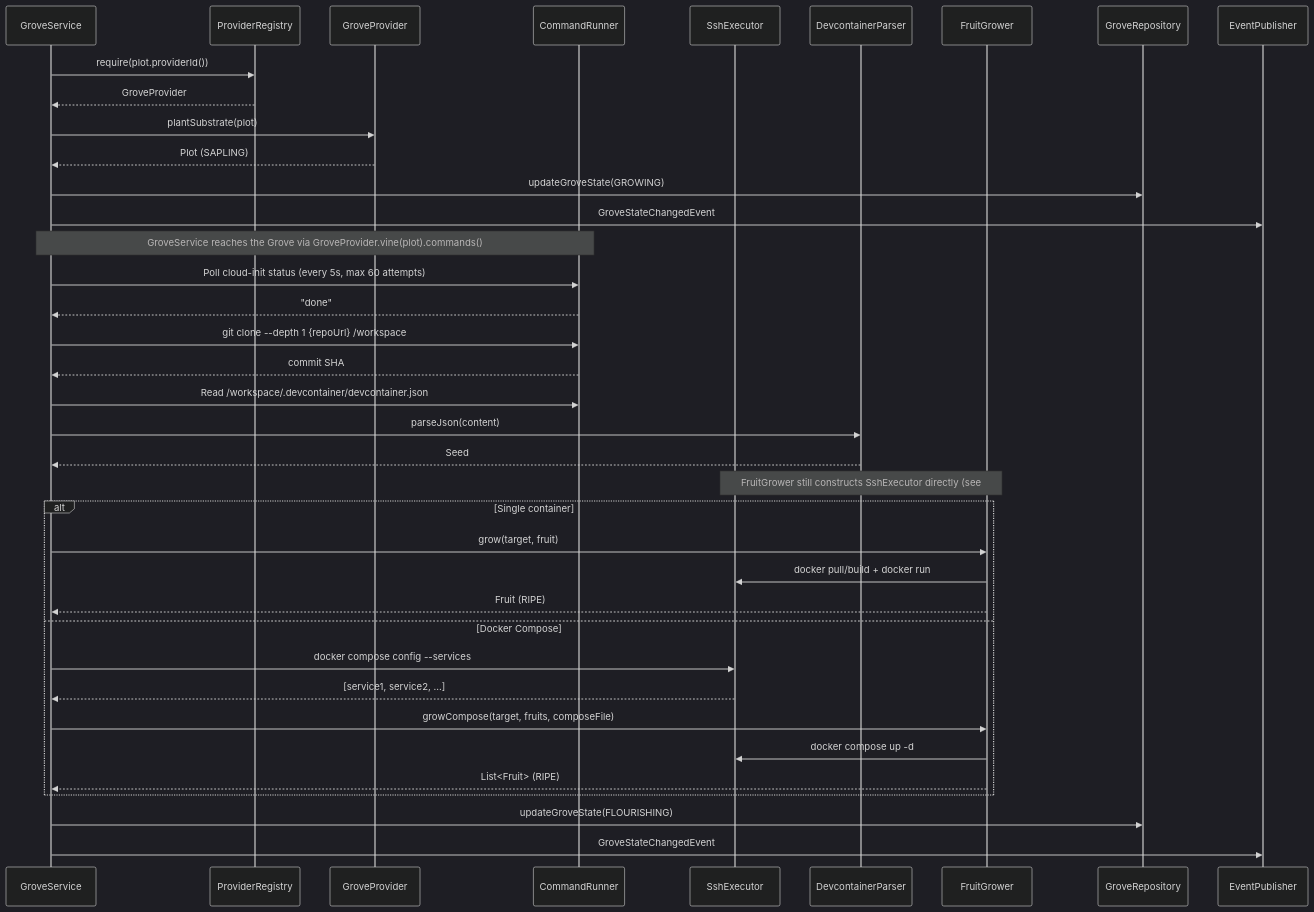
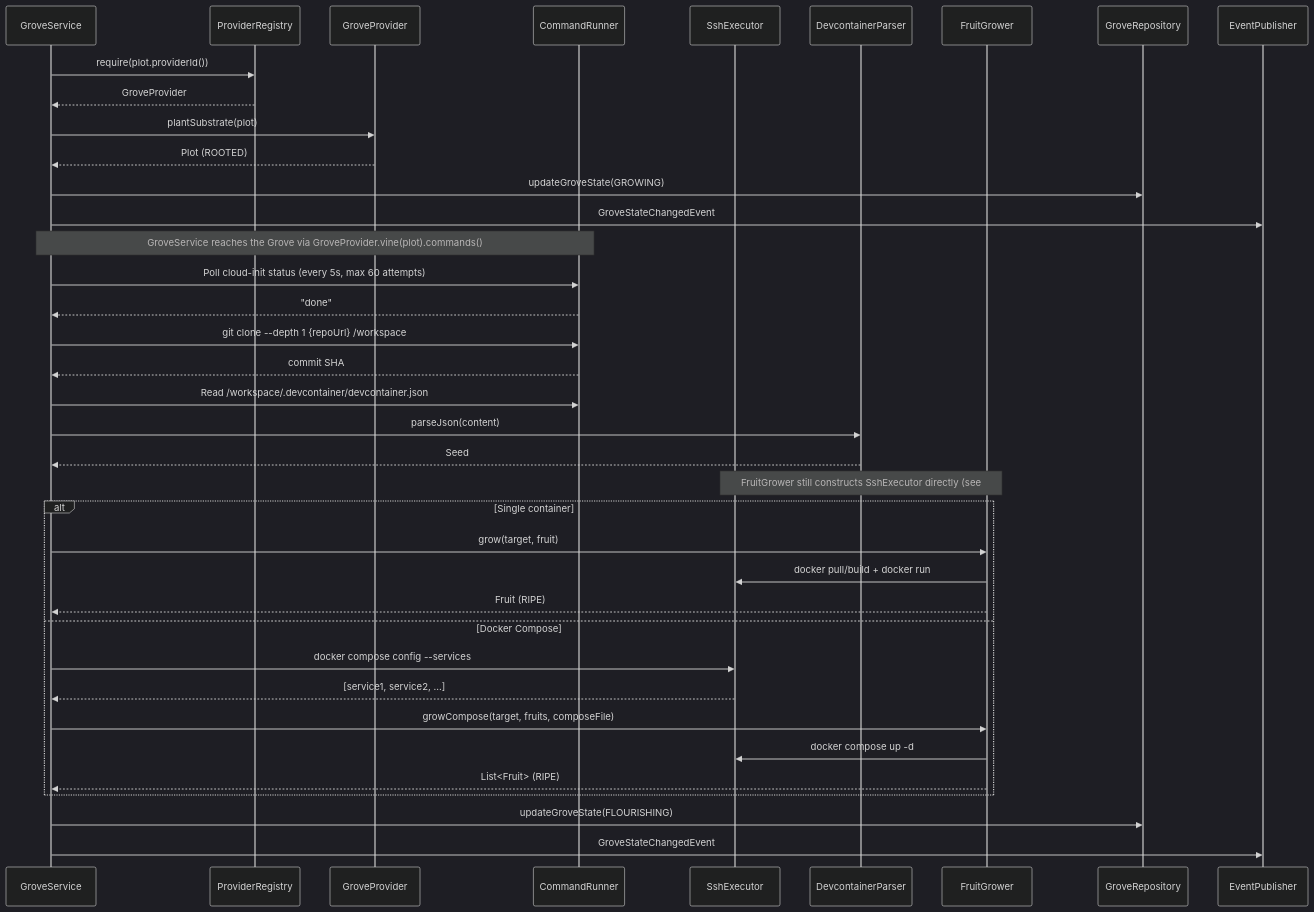
The fifth of 9 diagrams in docs/architecture/platform-architecture.md (orchard-cde/orchard), drawn with Mermaid (dark theme) before and after one commit. The commit also changed other lines of this file and 91 other files, not shown here.

````diff
--- a/docs/architecture/platform-architecture.md
+++ b/docs/architecture/platform-architecture.md
@@ -287,46 +289,46 @@
 ```mermaid
 sequenceDiagram
     participant GS as GroveService
     participant PR as ProviderRegistry
     participant SP as GroveProvider
     participant CR as CommandRunner
     participant SSH as SshExecutor
     participant DP as DevcontainerParser
     participant FG as FruitGrower
     participant DB as GroveRepository
     participant EP as EventPublisher
 
     GS->>PR: require(plot.providerId())
     PR-->>GS: GroveProvider
     GS->>SP: plantSubstrate(plot)
-    SP-->>GS: Plot (SAPLING)
+    SP-->>GS: Plot (ROOTED)
     GS->>DB: updateGroveState(GROWING)
     GS->>EP: GroveStateChangedEvent
 
     Note over GS,CR: GroveService reaches the Grove via GroveProvider.vine(plot).commands()
     GS->>CR: Poll cloud-init status (every 5s, max 60 attempts)
     CR-->>GS: "done"
 
     GS->>CR: git clone --depth 1 {repoUrl} /workspace
     CR-->>GS: commit SHA
 
     GS->>CR: Read /workspace/.devcontainer/devcontainer.json
     GS->>DP: parseJson(content)
     DP-->>GS: Seed
 
     Note over FG,SSH: FruitGrower still constructs SshExecutor directly (see #86)
     alt Single container
         GS->>FG: grow(target, fruit)
         FG->>SSH: docker pull/build + docker run
         FG-->>GS: Fruit (RIPE)
     else Docker Compose
         GS->>SSH: docker compose config --services
         SSH-->>GS: [service1, service2, ...]
         GS->>FG: growCompose(target, fruits, composeFile)
         FG->>SSH: docker compose up -d
         FG-->>GS: List<Fruit> (RIPE)
     end
 
     GS->>DB: updateGroveState(FLOURISHING)
     GS->>EP: GroveStateChangedEvent
 ```
````
